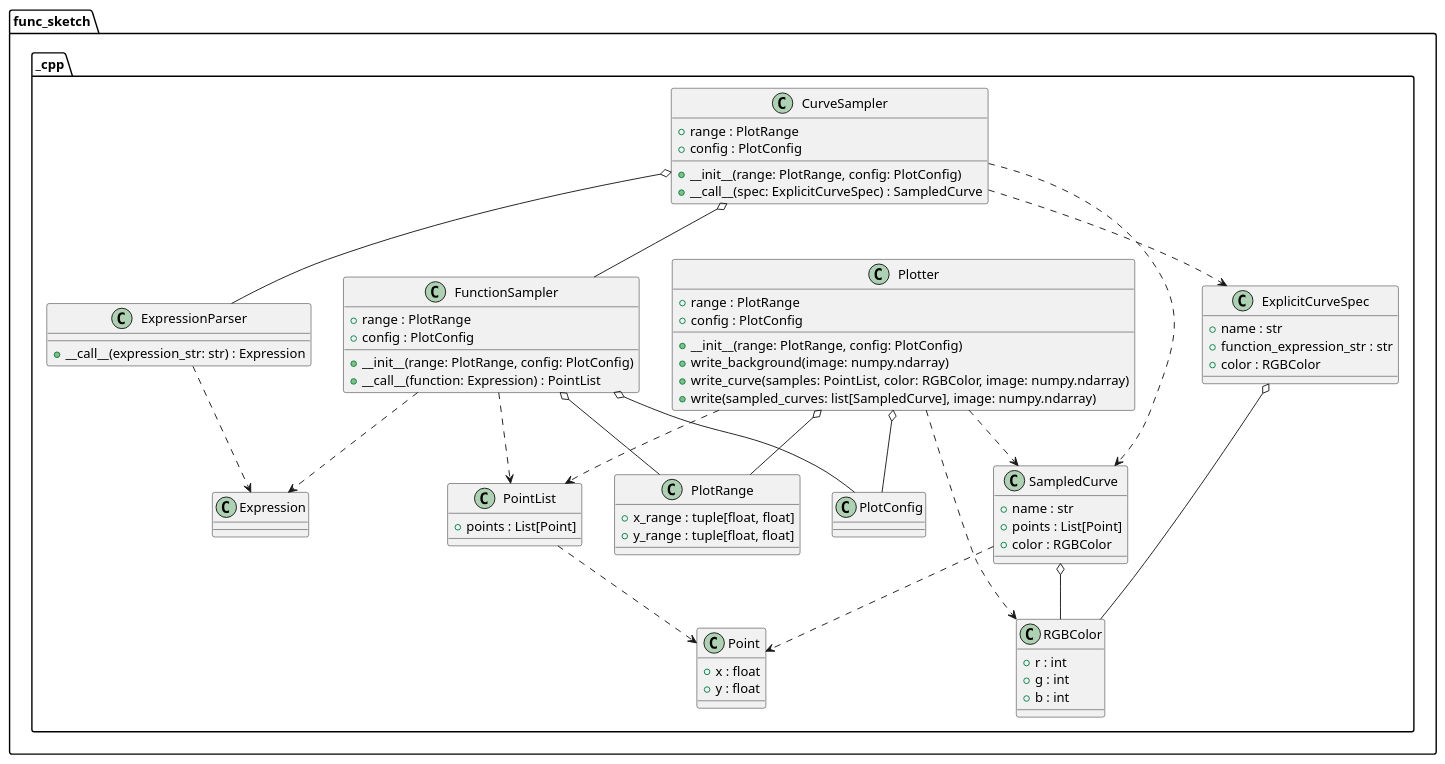
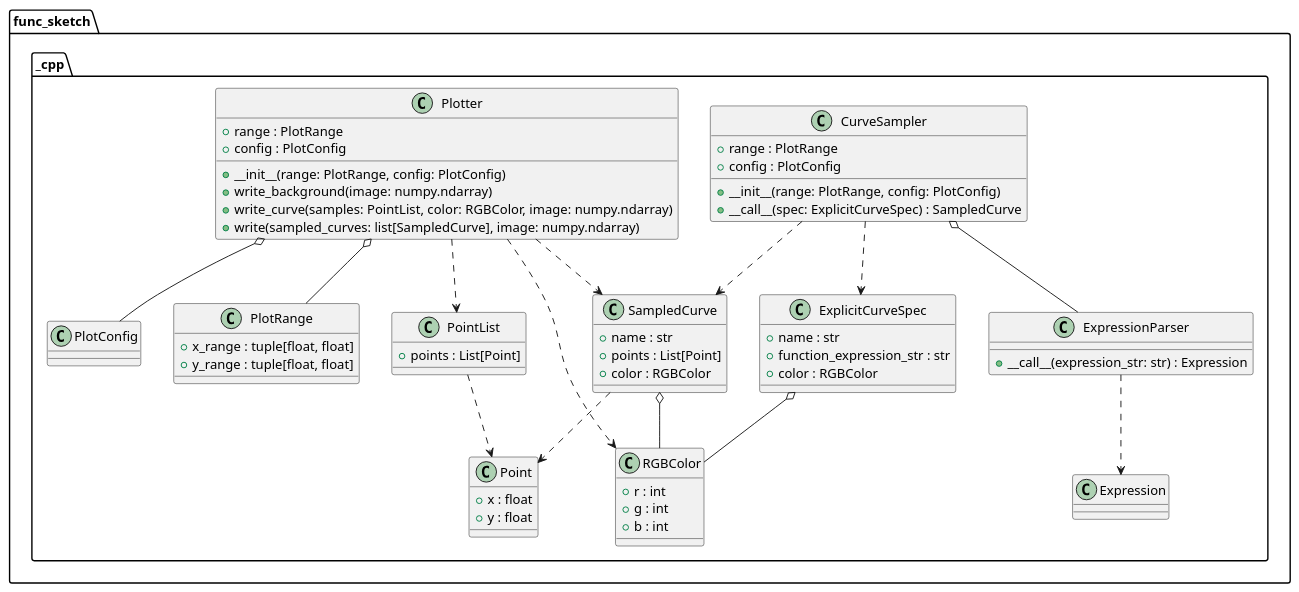
The diagram in docs/sphinx/design_notes/classes_python.puml (MusicScience37/FuncSketch), drawn with PlantUML before and after one commit. The commit also changed 11 other files, not shown here.

Commit message:
:recycle: Use PointSampler instead of FunctionSampler.

```diff
--- a/docs/sphinx/design_notes/classes_python.puml
+++ b/docs/sphinx/design_notes/classes_python.puml
@@ -1,88 +1,76 @@
 @startuml classes_python
 
 package func_sketch {
     package _cpp {
         class Expression
 
         class ExpressionParser {
             + __call__(expression_str: str) : Expression
         }
         ExpressionParser ..> Expression
 
         class RGBColor {
             + r : int
             + g : int
             + b : int
         }
 
         class Point {
             + x : float
             + y : float
         }
 
         class PointList {
             + points : List[Point]
         }
         PointList ..> Point
 
         class PlotRange {
             + x_range : tuple[float, float]
             + y_range : tuple[float, float]
         }
 
         class PlotConfig
 
-        class FunctionSampler {
-            + __init__(range: PlotRange, config: PlotConfig)
-            + range : PlotRange
-            + config : PlotConfig
-            + __call__(function: Expression) : PointList
-        }
-        FunctionSampler o-- PlotRange
-        FunctionSampler o-- PlotConfig
-        FunctionSampler ..> Expression
-        FunctionSampler ..> PointList
-
         class ExplicitCurveSpec {
             + name : str
             + function_expression_str : str
             + color : RGBColor
         }
         ExplicitCurveSpec o-- RGBColor
 
         class SampledCurve {
             + name : str
             + points : List[Point]
             + color : RGBColor
         }
         SampledCurve ..> Point
         SampledCurve o-- RGBColor
 
         class CurveSampler {
             + __init__(range: PlotRange, config: PlotConfig)
             + range : PlotRange
             + config : PlotConfig
             + __call__(spec: ExplicitCurveSpec) : SampledCurve
         }
         CurveSampler o-- ExpressionParser
-        CurveSampler o-- FunctionSampler
         CurveSampler ..> ExplicitCurveSpec
         CurveSampler ..> SampledCurve
 
         class Plotter {
             + __init__(range: PlotRange, config: PlotConfig)
             + range : PlotRange
             + config : PlotConfig
             + write_background(image: numpy.ndarray)
             + write_curve(samples: PointList, color: RGBColor, image: numpy.ndarray)
             + write(sampled_curves: list[SampledCurve], image: numpy.ndarray)
         }
         Plotter o-- PlotRange
         Plotter o-- PlotConfig
         Plotter ..> PointList
         Plotter ..> SampledCurve
         Plotter ..> RGBColor
     }
 }
 
 @enduml
```
